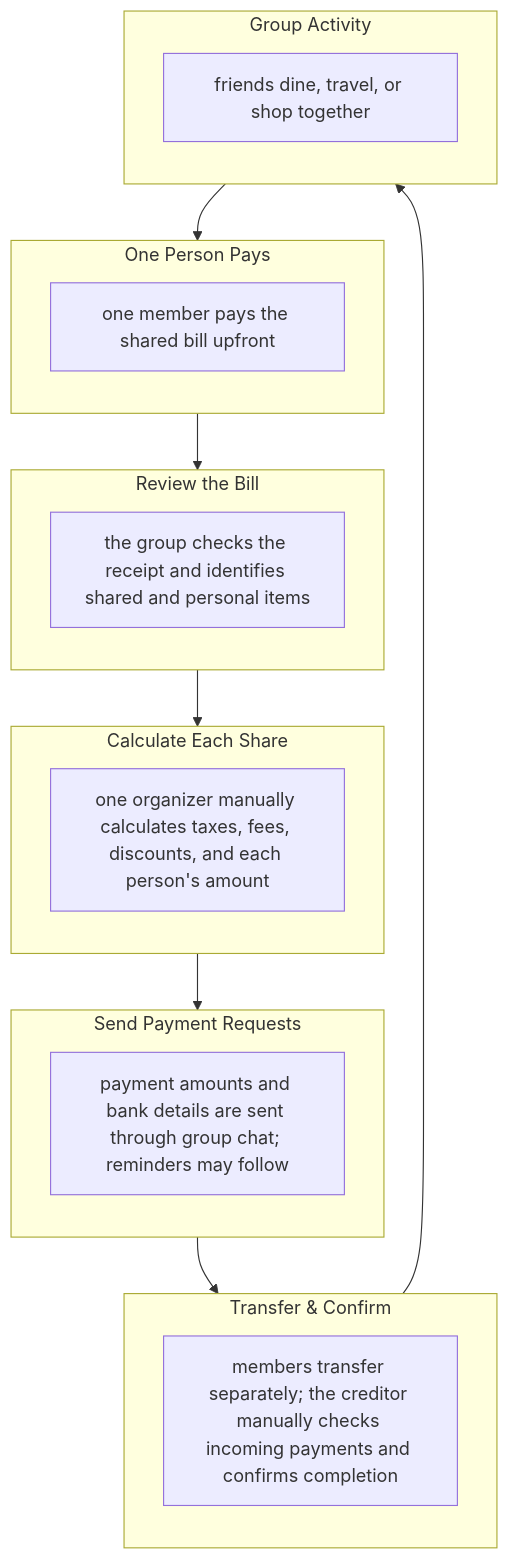
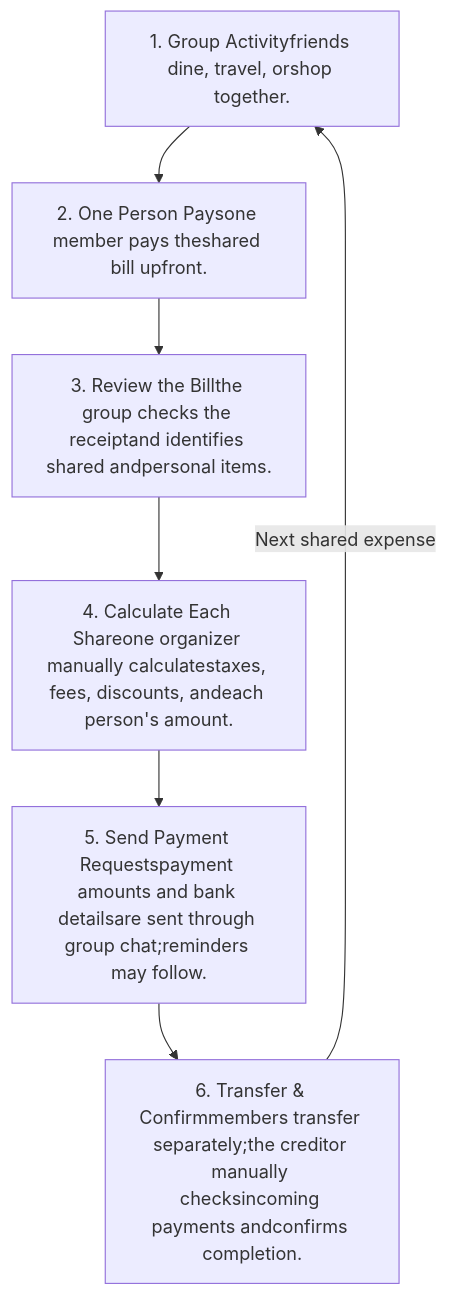
The first of 5 diagrams in Report1_Product_Requirement_Document.md (FintechVSF-Tranning/PaySplit-RP), drawn with Mermaid before and after one commit. The commit also changed other lines of this file and 2 other files, not shown here.

````diff
--- a/Report1_Product_Requirement_Document.md
+++ b/Report1_Product_Requirement_Document.md
@@ -344,39 +247,9 @@
 ```mermaid
 graph TD
-    1((1)) --> 2((2))
-    2 --> 3((3))
-    3 --> 4((4))
-    4 --> 5((5))
-    5 --> 6((6))
-    6 --> 1
-
-    subgraph 1 [Group Activity]
-    direction TB
-    GA_IMG[friends dine, travel, or shop together]
-    end
-
-    subgraph 2 [One Person Pays]
-    direction TB
-    OPP_IMG[one member pays the shared bill upfront]
-    end
-
-    subgraph 3 [Review the Bill]
-    direction TB
-    RTB_IMG[the group checks the receipt and identifies shared and personal items]
-    end
-
-    subgraph 4 [Calculate Each Share]
-    direction TB
-    CES_IMG[one organizer manually calculates taxes, fees, discounts, and each person's amount]
-    end
-
-    subgraph 5 [Send Payment Requests]
-    direction TB
-    SPR_IMG[payment amounts and bank details are sent through group chat; reminders may follow]
-    end
-
-    subgraph 6 [Transfer & Confirm]
-    direction TB
-    TC_IMG[members transfer separately; the creditor manually checks incoming payments and confirms completion]
-    end
+    Step1[1. Group Activityfriends dine, travel, orshop together.] --> Step2[2. One Person Paysone member pays theshared bill upfront.]
+    Step2 --> Step3[3. Review the Billthe group checks the receiptand identifies shared andpersonal items.]
+    Step3 --> Step4[4. Calculate Each Shareone organizer manually calculatestaxes, fees, discounts, andeach person's amount.]
+    Step4 --> Step5[5. Send Payment Requestspayment amounts and bank detailsare sent through group chat;reminders may follow.]
+    Step5 --> Step6[6. Transfer & Confirmmembers transfer separately;the creditor manually checksincoming payments andconfirms completion.]
+    Step6 -->|Next shared expense| Step1
 ```
````
